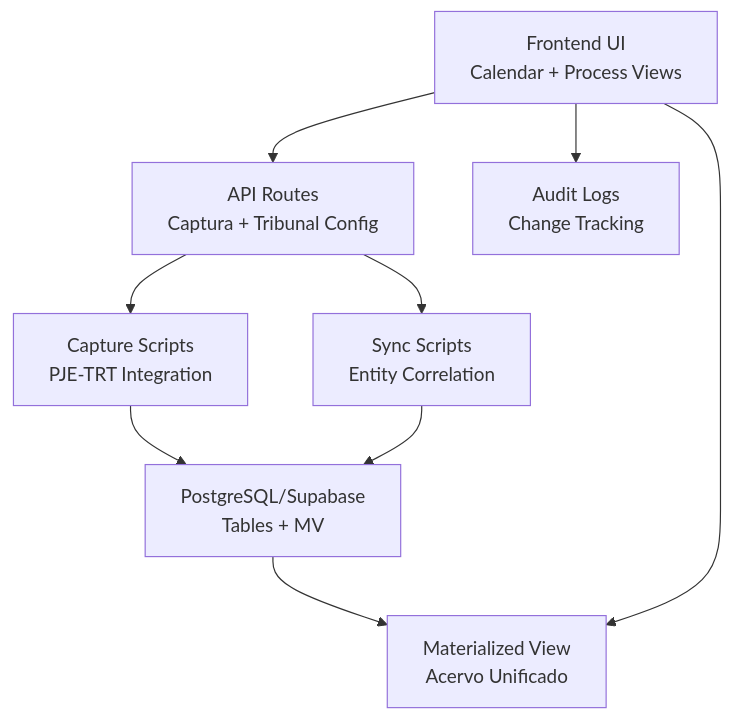
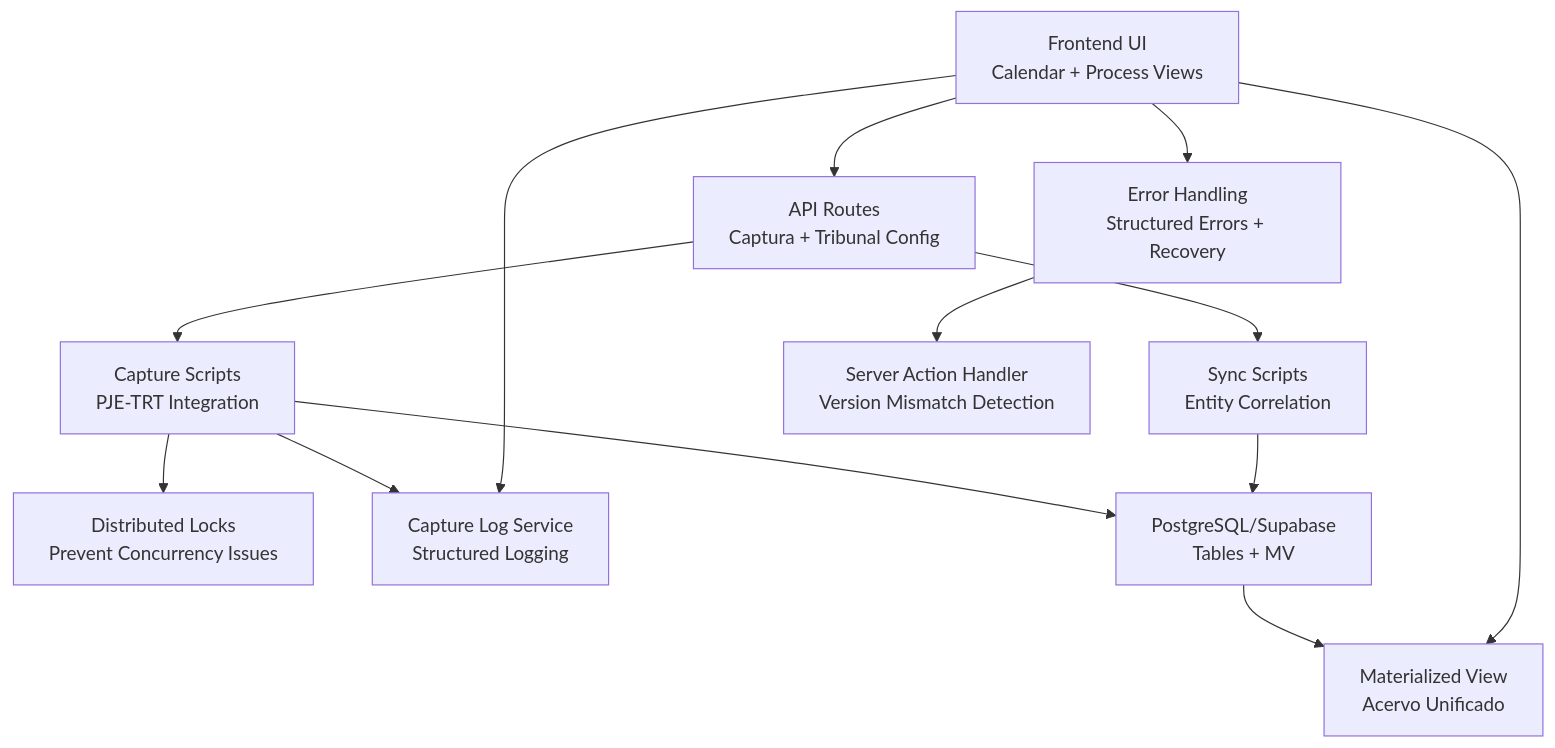
Before and after one commit to SinesysTech/zattar-os: the second of 14 diagrams in .qoder/repowiki/en/content/Legal Process Management System/Legal Process Management System.md, drawn with Mermaid. The commit also changed other lines of this file and 6 other files, not shown here.

````diff
--- a/.qoder/repowiki/en/content/Legal Process Management System/Legal Process Management System.md
+++ b/.qoder/repowiki/en/content/Legal Process Management System/Legal Process Management System.md
@@ -132,11 +177,15 @@
 ```mermaid
 graph TB
 FE["Frontend UI<br/>Calendar + Process Views"] --> API["API Routes<br/>Captura + Tribunal Config"]
 API --> CAP["Capture Scripts<br/>PJE-TRT Integration"]
 API --> SYNC["Sync Scripts<br/>Entity Correlation"]
+CAP --> LOCK["Distributed Locks<br/>Prevent Concurrency Issues"]
+CAP --> LOGS["Capture Log Service<br/>Structured Logging"]
 CAP --> DB["PostgreSQL/Supabase<br/>Tables + MV"]
 SYNC --> DB
 DB --> MV["Materialized View<br/>Acervo Unificado"]
 FE --> MV
-FE --> LOGS["Audit Logs<br/>Change Tracking"]
+FE --> LOGS
+FE --> ERR["Error Handling<br/>Structured Errors + Recovery"]
+ERR --> HANDLER["Server Action Handler<br/>Version Mismatch Detection"]
 ```
````
